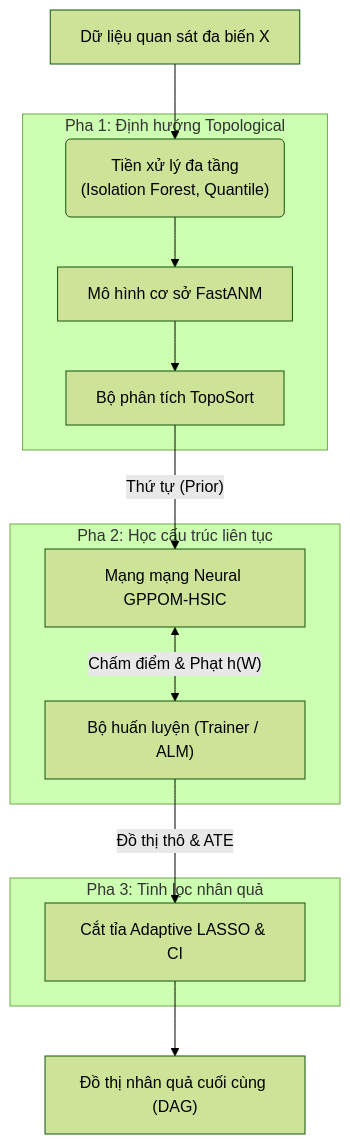
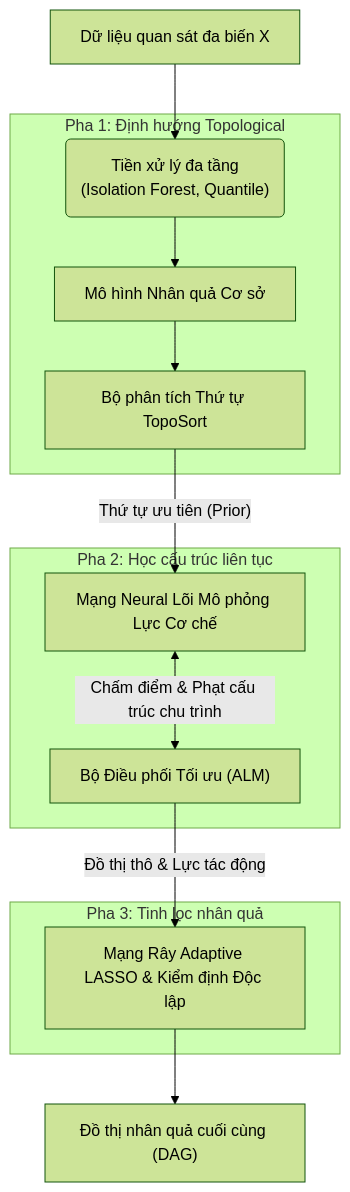
The first of 6 diagrams in docx/Chuong2_MoHinhDeepANM.md (manhthai1706/DeepANM), drawn with Mermaid (forest theme) before and after one commit. The commit also changed other lines of this file, not shown here.

````diff
--- a/docx/Chuong2_MoHinhDeepANM.md
+++ b/docx/Chuong2_MoHinhDeepANM.md
@@ -9,20 +9,20 @@
 ```mermaid
 graph TD
     Data["Dữ liệu quan sát đa biến X"] --> Preprocess("Tiền xử lý đa tầng<br/>(Isolation Forest, Quantile)")
     
     subgraph phase1 ["Pha 1: Định hướng Topological"]
-        Preprocess --> FastANM["Mô hình cơ sở FastANM"]
-        FastANM --> Topo["Bộ phân tích TopoSort"]
+        Preprocess --> FastANM["Mô hình Nhân quả Cơ sở"]
+        FastANM --> Topo["Bộ phân tích Thứ tự TopoSort"]
     end
     
     subgraph phase2 ["Pha 2: Học cấu trúc liên tục"]
-        Topo -->|"Thứ tự (Prior)"| GPPOM["Mạng mạng Neural GPPOM-HSIC"]
-        GPPOM <--> |"Chấm điểm & Phạt h(W)"| Trainer["Bộ huấn luyện (Trainer / ALM)"]
+        Topo -->|"Thứ tự ưu tiên (Prior)"| GPPOM["Mạng Neural Lõi Mô phỏng Lực Cơ chế"]
+        GPPOM <--> |"Chấm điểm & Phạt cấu trúc chu trình"| Trainer["Bộ Điều phối Tối ưu (ALM)"]
     end
     
     subgraph phase3 ["Pha 3: Tinh lọc nhân quả"]
-        Trainer -->|"Đồ thị thô & ATE"| Lasso["Cắt tỉa Adaptive LASSO & CI"]
+        Trainer -->|"Đồ thị thô & Lực tác động"| Lasso["Mạng Rây Adaptive LASSO & Kiểm định Độc lập"]
     end
     
     Lasso --> Final["Đồ thị nhân quả cuối cùng (DAG)"]
 ```
````
